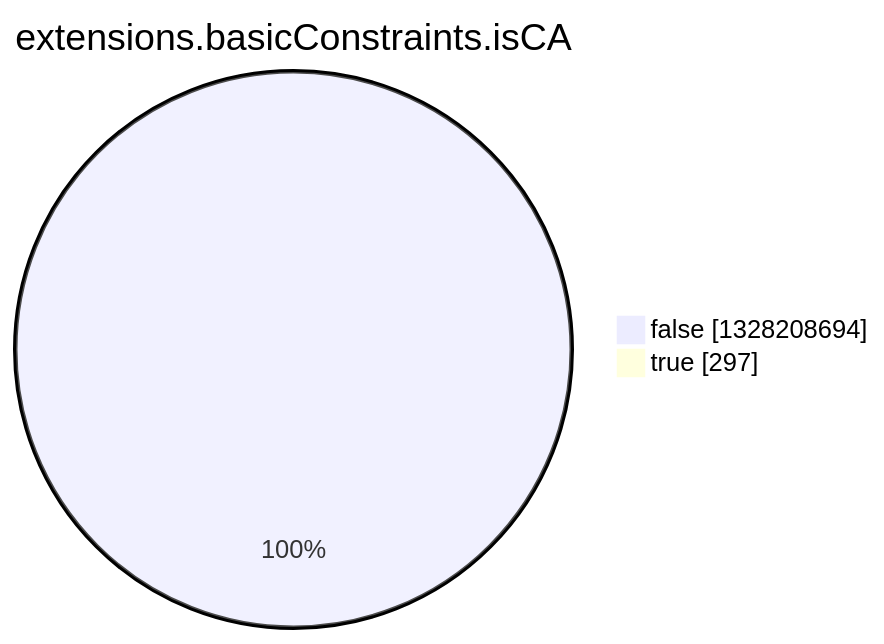
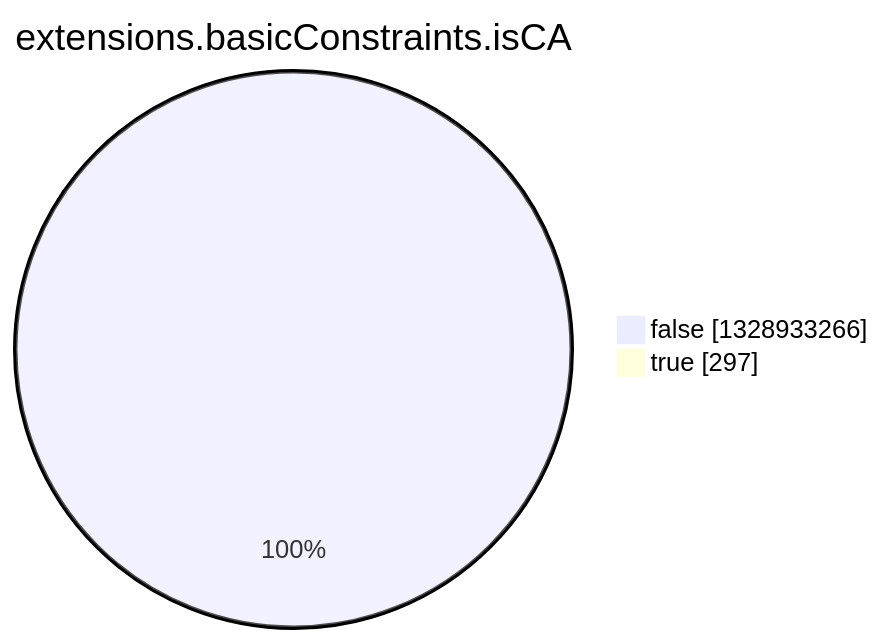
One commit to christiankrug/ctmonitor_visualization changed the eighth of 15 diagrams in argon2022/README.md. Above: the diagram before and after it, drawn with Mermaid. The commit also changed other lines of this file, not shown here.

````diff
--- a/argon2022/README.md
+++ b/argon2022/README.md
@@ -2758,6 +2758,6 @@
 ```mermaid
 pie showData
 title extensions.basicConstraints.isCA
-"false" :1328208694
+"false" :1328933266
 "true" :297
 ```
````
